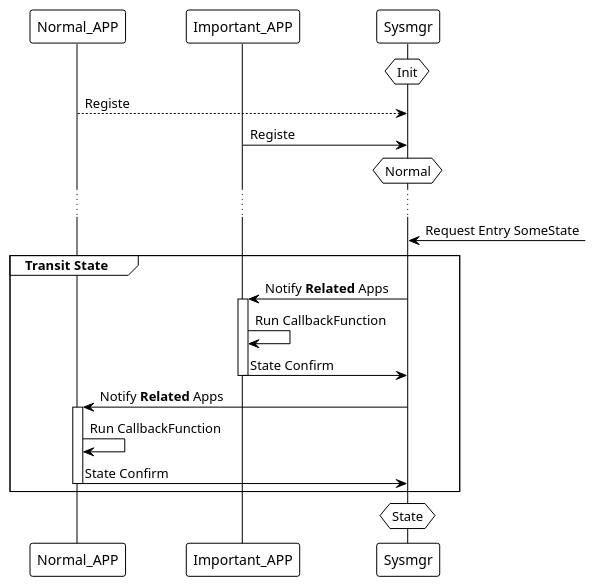
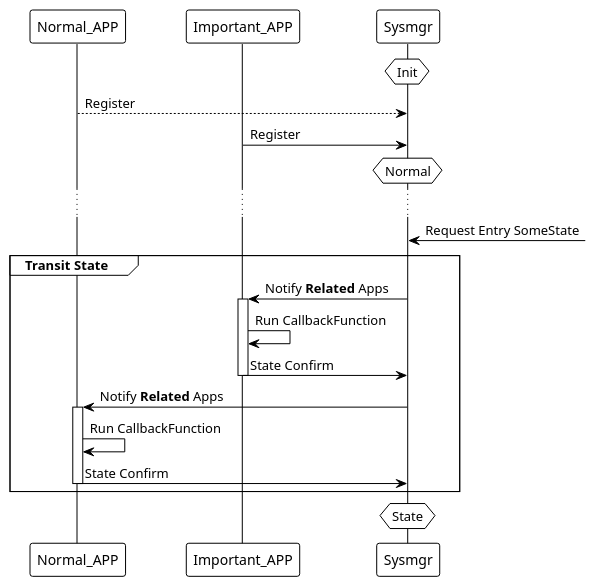
Before and after one commit to Pei-T/notebook: the first of 5 diagrams in sysmgr/stateflow.md, drawn with PlantUML. The commit also changed other lines of this file and 16 other files, not shown here.

````diff
--- a/sysmgr/stateflow.md
+++ b/sysmgr/stateflow.md
@@ -48,28 +48,28 @@
 ```puml
 !theme plain
 participant Normal_APP order 10
 participant Important_APP order 20
 participant Sysmgr order 30
 hnote over Sysmgr:Init
-Normal_APP-->Sysmgr:Registe
-Important_APP->Sysmgr:Registe
+Normal_APP-->Sysmgr:Register
+Important_APP->Sysmgr:Register
 hnote over Sysmgr:Normal
 
 ...
 Sysmgr <-:Request Entry SomeState
 group Transit State
 
 Sysmgr->Important_APP:Notify **Related** Apps
 activate Important_APP
 Important_APP->Important_APP:Run CallbackFunction
 Important_APP->Sysmgr:State Confirm
 deactivate Important_APP
 
 Sysmgr->Normal_APP:Notify **Related** Apps
 activate Normal_APP
 Normal_APP->Normal_APP:Run CallbackFunction
 Normal_APP->Sysmgr:State Confirm
 deactivate Normal_APP
 end
 hnote over Sysmgr:State
 ```
````
